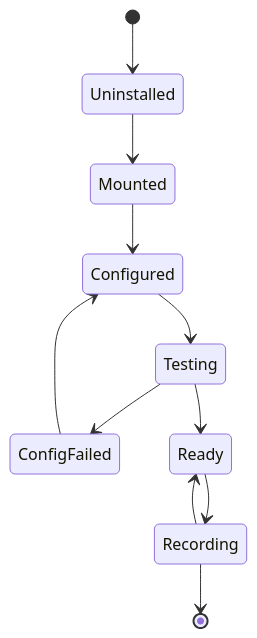
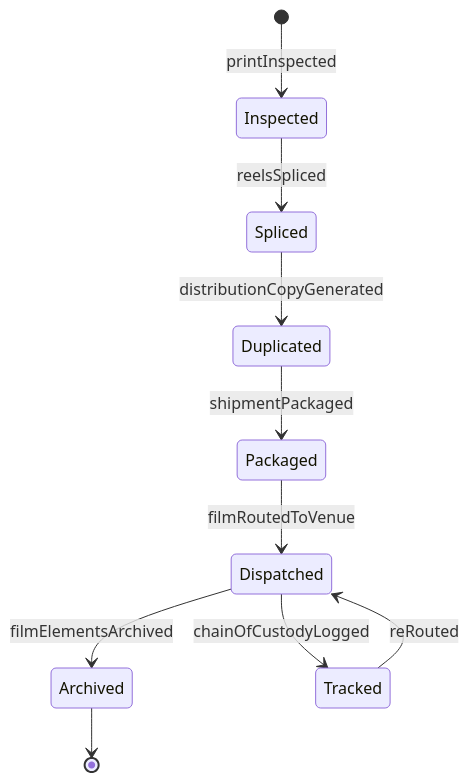
Before and after one commit to dot-org-ai/tasks.org.ai: the second of 4 diagrams in HandlingAndMovingObjects/SetUpEquipment/PrepareFilmDistributionUse.mdx, drawn with Mermaid. The commit also changed other lines of this file and 515 other files, not shown here.

````diff
--- a/HandlingAndMovingObjects/SetUpEquipment/PrepareFilmDistributionUse.mdx
+++ b/HandlingAndMovingObjects/SetUpEquipment/PrepareFilmDistributionUse.mdx
@@ -97,13 +97,12 @@
 ```mermaid
 stateDiagram-v2
-    [*] --> Uninstalled
-    Uninstalled --> Mounted
-    Mounted --> Configured
-    Configured --> Testing
-    Testing --> ConfigFailed
-    ConfigFailed --> Configured
-    Testing --> Ready
-    Ready --> Recording
-    Recording --> Ready
-    Recording --> [*]
+    [*] --> Inspected : printInspected
+    Inspected --> Spliced : reelsSpliced
+    Spliced --> Duplicated : distributionCopyGenerated
+    Duplicated --> Packaged : shipmentPackaged
+    Packaged --> Dispatched : filmRoutedToVenue
+    Dispatched --> Archived : filmElementsArchived
+    Dispatched --> Tracked : chainOfCustodyLogged
+    Tracked --> Dispatched : reRouted
+    Archived --> [*]
 ```
````
